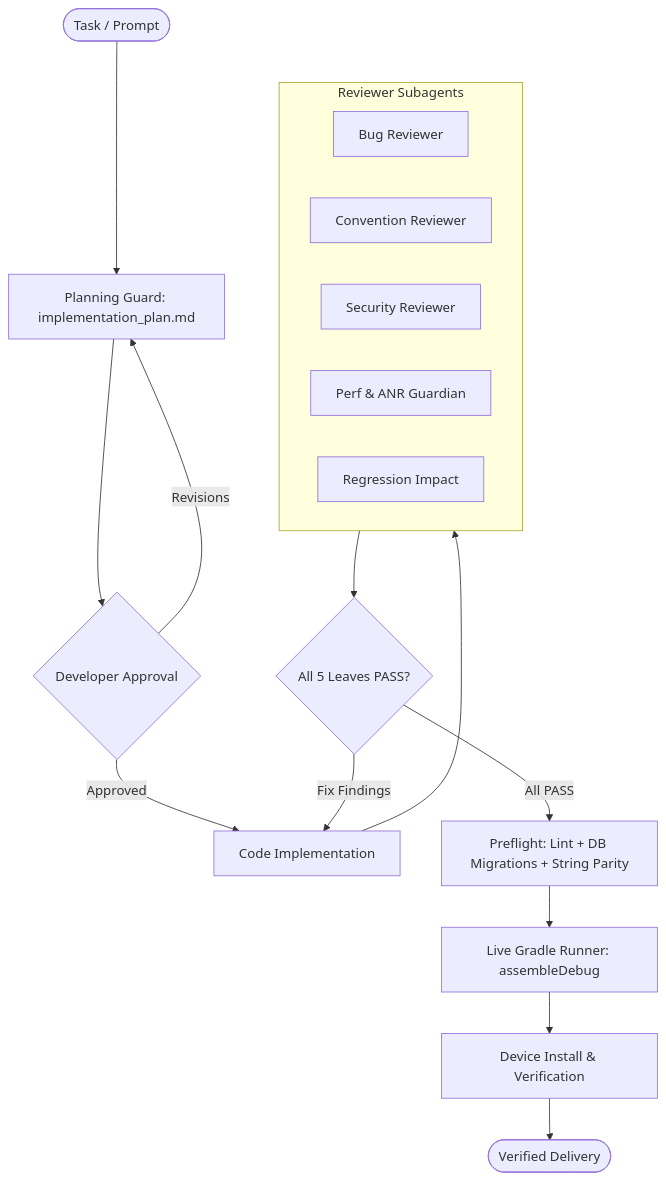
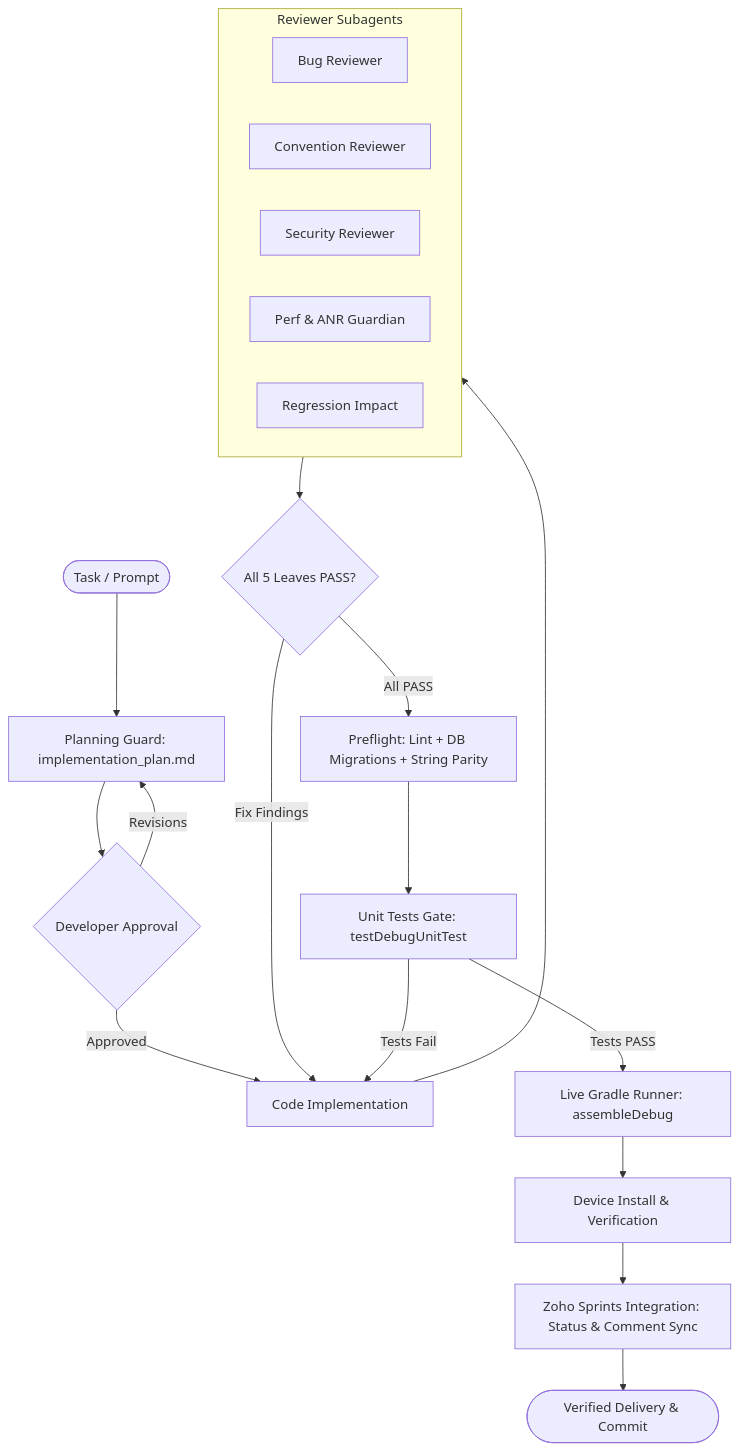
The diagram in README.md (rabee-elkholy/android-agent-harness), drawn with Mermaid before and after one commit. The commit also changed other lines of this file, not shown here.

Commit message:
docs: add Unit Tests gate and Zoho Sprints sync to workflow diagram and feature matrix

````diff
--- a/README.md
+++ b/README.md
@@ -38,23 +38,26 @@
 ```mermaid
 flowchart TD
     Start([Task / Prompt]) --> Plan[Planning Guard: implementation_plan.md]
     Plan --> Approval{Developer Approval}
     Approval -- Approved --> Code[Code Implementation]
     Approval -- Revisions --> Plan
     Code --> ReviewGate[Five-Leaf Parallel Review Gate]
     
     subgraph ReviewGate [Reviewer Subagents]
         R1[Bug Reviewer]
         R2[Convention Reviewer]
         R3[Security Reviewer]
         R4[Perf & ANR Guardian]
         R5[Regression Impact]
     end
     
     ReviewGate --> Verdict{All 5 Leaves PASS?}
     Verdict -- Fix Findings --> Code
     Verdict -- All PASS --> Preflight[Preflight: Lint + DB Migrations + String Parity]
-    Preflight --> Gradle[Live Gradle Runner: assembleDebug]
+    Preflight --> UnitTests[Unit Tests Gate: testDebugUnitTest]
+    UnitTests -- Tests Fail --> Code
+    UnitTests -- Tests PASS --> Gradle[Live Gradle Runner: assembleDebug]
     Gradle --> Device[Device Install & Verification]
-    Device --> Finish([Verified Delivery])
+    Device --> Zoho[Zoho Sprints Integration: Status & Comment Sync]
+    Zoho --> Finish([Verified Delivery & Commit])
 ```
````
